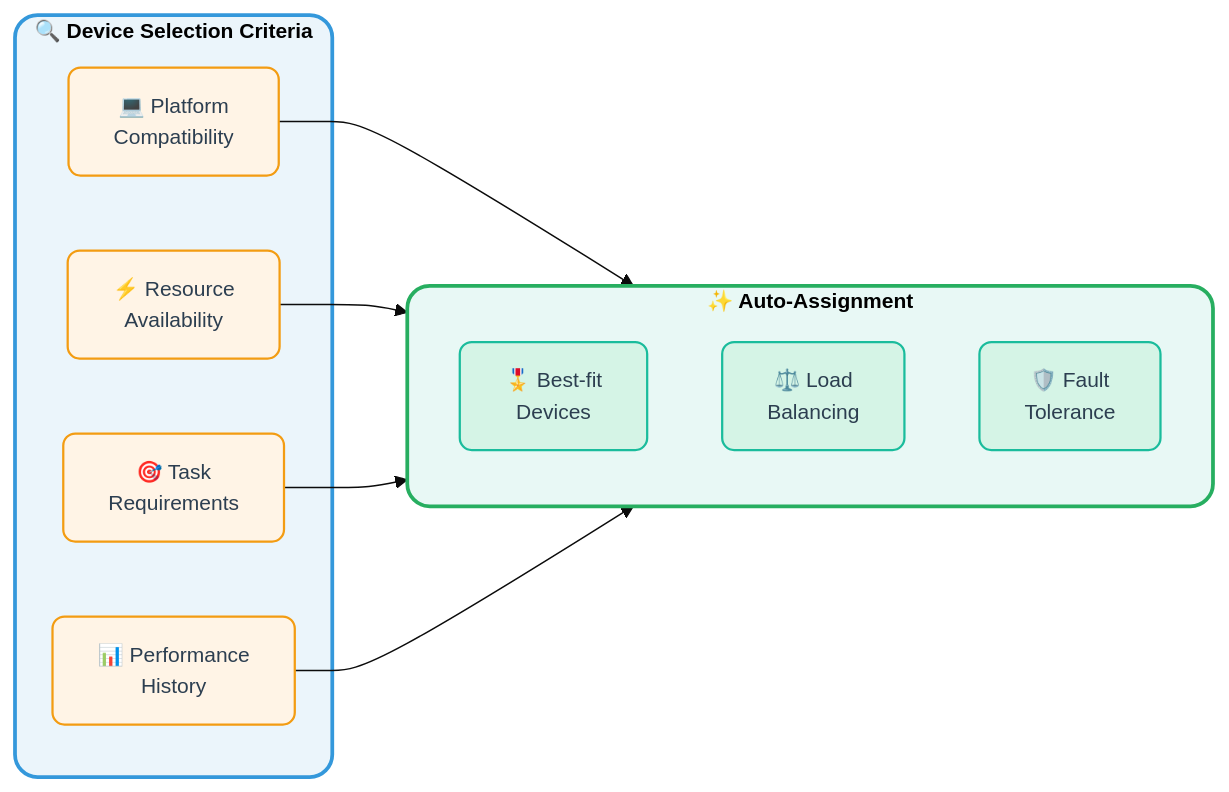
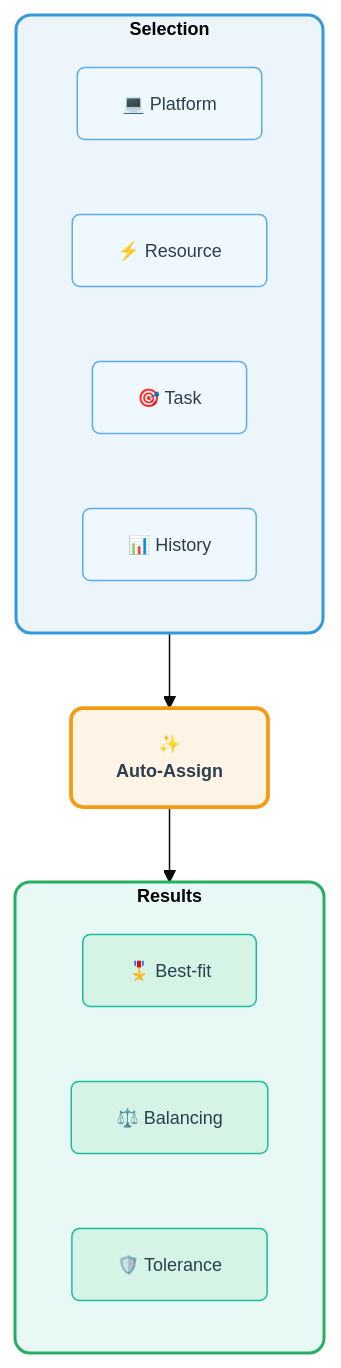
One commit to microsoft/UFO changed the third of 4 diagrams in README.md. Above: the diagram before and after it, drawn with Mermaid. The commit also changed other lines of this file, not shown here.

````diff
--- a/README.md
+++ b/README.md
@@ -219,28 +220,31 @@
 ```mermaid
-%%{init: {'theme':'base', 'themeVariables': {'primaryColor':'#F0F8FF','primaryTextColor':'#2C3E50','primaryBorderColor':'#5DADE2','fontSize':'14px','fontFamily':'Segoe UI'}}}%%
-graph LR
-    subgraph Selection["<b>🔍 Device Selection Criteria</b>"]
-        P1["💻 Platform<br/>Compatibility"]
-        P2["⚡ Resource<br/>Availability"]
-        P3["🎯 Task<br/>Requirements"]
-        P4["📊 Performance<br/>History"]
+%%{init: {'theme':'base', 'themeVariables': {'primaryColor':'#F0F8FF','primaryTextColor':'#2C3E50','primaryBorderColor':'#5DADE2','fontSize':'12px'}}}%%
+graph TB
+    subgraph S["<b>Selection</b>"]
+        P1["💻 Platform"]
+        P2["⚡ Resource"]
+        P3["🎯 Task"]
+        P4["📊 History"]
     end
     
-    subgraph Assignment["<b>✨ Auto-Assignment</b>"]
-        A1["🎖️ Best-fit<br/>Devices"]
-        A2["⚖️ Load<br/>Balancing"]
-        A3["🛡️ Fault<br/>Tolerance"]
+    A["✨<br/><b>Auto-Assign</b>"]
+    
+    subgraph R["<b>Results</b>"]
+        A1["🎖️ Best-fit"]
+        A2["⚖️ Balancing"]
+        A3["🛡️ Tolerance"]
     end
     
-    P1 & P2 & P3 & P4 --> Assignment
+    S --> A --> R
     
-    style Selection fill:#EBF5FB,stroke:#3498DB,stroke-width:2.5px,rx:15
-    style Assignment fill:#E8F8F5,stroke:#27AE60,stroke-width:2.5px,rx:15
-    style P1 fill:#FFF4E6,stroke:#F39C12,stroke-width:1.5px,rx:8
-    style P2 fill:#FFF4E6,stroke:#F39C12,stroke-width:1.5px,rx:8
-    style P3 fill:#FFF4E6,stroke:#F39C12,stroke-width:1.5px,rx:8
-    style P4 fill:#FFF4E6,stroke:#F39C12,stroke-width:1.5px,rx:8
-    style A1 fill:#D5F4E6,stroke:#1ABC9C,stroke-width:1.5px,rx:8
-    style A2 fill:#D5F4E6,stroke:#1ABC9C,stroke-width:1.5px,rx:8
-    style A3 fill:#D5F4E6,stroke:#1ABC9C,stroke-width:1.5px,rx:8
+    style S fill:#EBF5FB,stroke:#3498DB,stroke-width:2px,rx:10
+    style A fill:#FFF4E6,stroke:#F39C12,stroke-width:2.5px,rx:8
+    style R fill:#E8F8F5,stroke:#27AE60,stroke-width:2px,rx:10
+    style P1 fill:#F0F8FF,stroke:#5DADE2,stroke-width:1px,rx:5
+    style P2 fill:#F0F8FF,stroke:#5DADE2,stroke-width:1px,rx:5
+    style P3 fill:#F0F8FF,stroke:#5DADE2,stroke-width:1px,rx:5
+    style P4 fill:#F0F8FF,stroke:#5DADE2,stroke-width:1px,rx:5
+    style A1 fill:#D5F4E6,stroke:#1ABC9C,stroke-width:1px,rx:5
+    style A2 fill:#D5F4E6,stroke:#1ABC9C,stroke-width:1px,rx:5
+    style A3 fill:#D5F4E6,stroke:#1ABC9C,stroke-width:1px,rx:5
 ```
````
